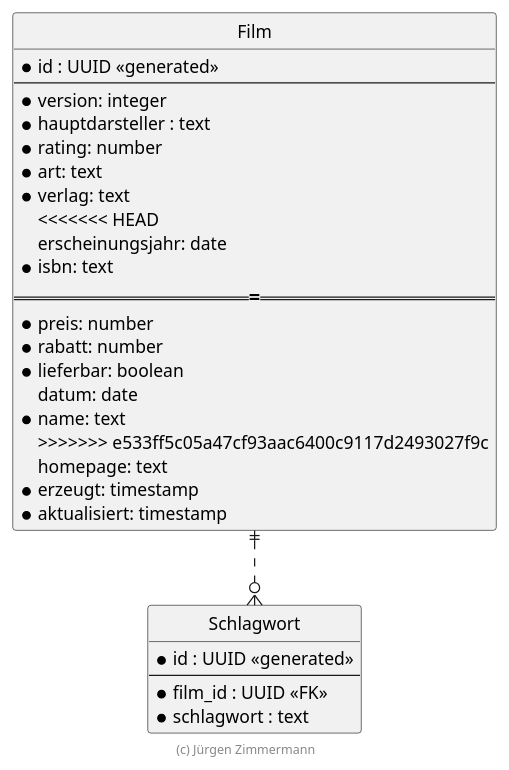
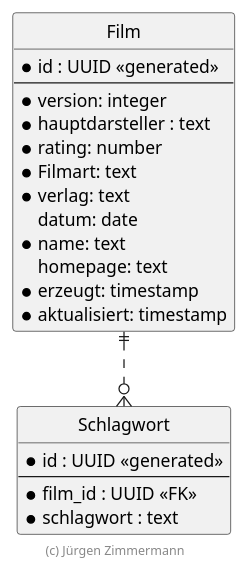
The diagram in .extras/doc/entwicklerhandbuch/ER-Diagramm.plantuml (Yuszi/Film), drawn with PlantUML before and after one commit. The commit also changed 4 other files, not shown here.

```diff
--- a/.extras/doc/entwicklerhandbuch/ER-Diagramm.plantuml
+++ b/.extras/doc/entwicklerhandbuch/ER-Diagramm.plantuml
@@ -18,43 +18,35 @@
 @startuml ER Diagramm
 
 ' hide the spot
 hide circle
 
 ' evtl. Prbleme mit Kraehenfuessen vermeiden
 skinparam linetype ortho
 
 entity "Film" {
   *id : UUID <<generated>>
   --
   *version: integer
   *hauptdarsteller : text
   *rating: number
-  *art: text
+  *Filmart: text
   *verlag: text
-<<<<<<< HEAD
-  erscheinungsjahr: date
-  *isbn: text
-=======
-  *preis: number
-  *rabatt: number
-  *lieferbar: boolean
   datum: date
   *name: text
->>>>>>> e533ff5c05a47cf93aac6400c9117d2493027f9c
   homepage: text
   *erzeugt: timestamp
   *aktualisiert: timestamp
 }
 
 entity "Schlagwort" {
   *id : UUID <<generated>>
   --
   *film_id : UUID <<FK>>
   *schlagwort : text
 }
 
 Film ||..o{ Schlagwort
 
 footer (c) Jürgen Zimmermann
 
 @enduml
```
